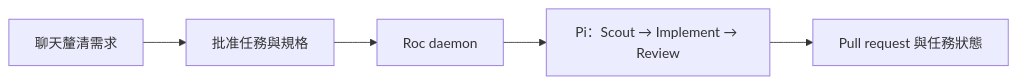
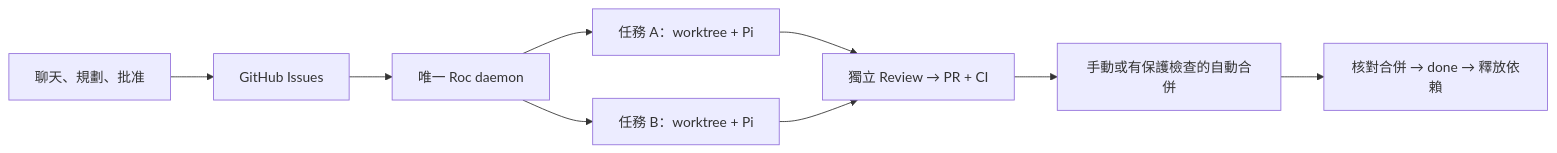
One commit to devos-ing/Roc changed the diagram in README.zh-HK.md. Above: the diagram before and after it, drawn with Mermaid. The commit also changed other lines of this file and 9 other files, not shown here.

Commit message:
docs: explain current Roc architecture and task workflow

````diff
--- a/README.zh-HK.md
+++ b/README.zh-HK.md
@@ -14,7 +15,11 @@
 ```mermaid
 flowchart LR
-    A["聊天釐清需求"] --> B["批准任務與規格"]
-    B --> C["Roc daemon"]
-    C --> D["Pi：Scout → Implement → Review"]
-    D --> E["Pull request 與任務狀態"]
+    plan["聊天、規劃、批准"] --> issues["GitHub Issues"]
+    issues --> daemon["唯一 Roc daemon"]
+    daemon --> a["任務 A：worktree + Pi"]
+    daemon --> b["任務 B：worktree + Pi"]
+    a --> pr["獨立 Review → PR + CI"]
+    b --> pr
+    pr --> merge["手動或有保護檢查的自動合併"]
+    merge --> done["核對合併 → done → 釋放依賴"]
 ```
````
